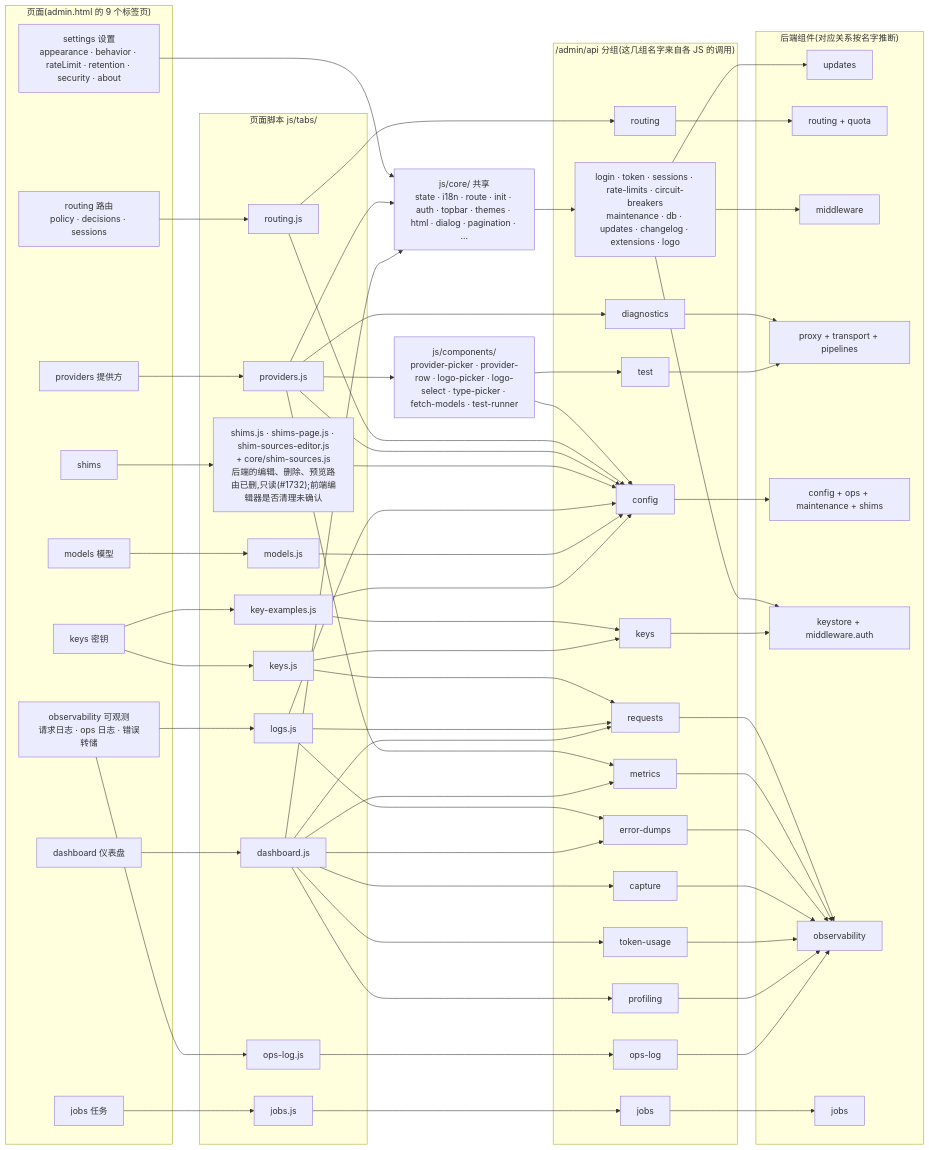
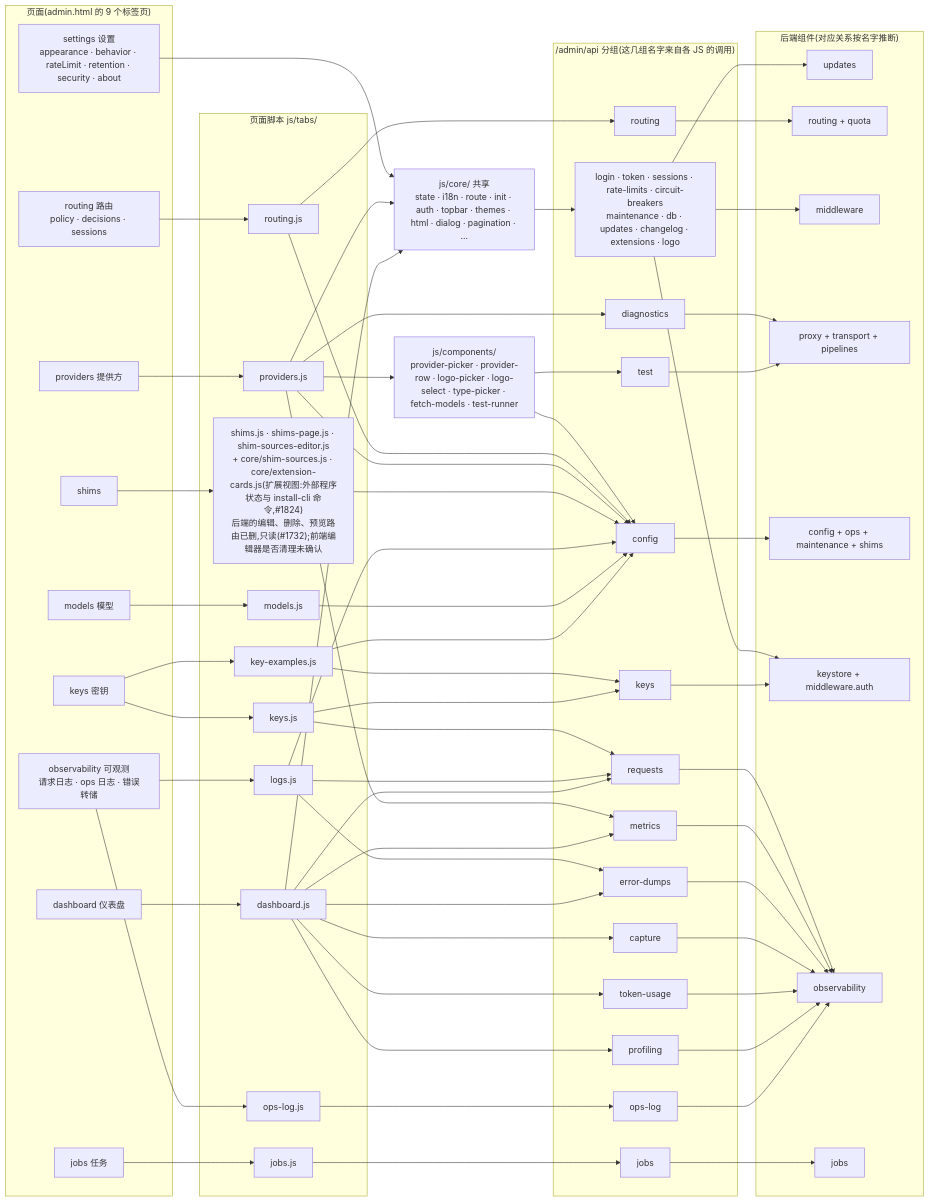
Before and after one commit to Oaklight/llm-rosetta: the diagram in admin.mmd, drawn with Mermaid. The commit also changed 3 other files, not shown here.

Commit message:
diagrams: extensions install-cli and the admin extension view (#1821-#1824)

```diff
--- a/admin.mmd
+++ b/admin.mmd
@@ -1,107 +1,107 @@
 flowchart LR
   COMP["js/components/<br/>provider-picker · provider-row · logo-picker · logo-select · type-picker · fetch-models · test-runner"]
   subgraph APIS["/admin/api 分组(这几组名字来自各 JS 的调用)"]
     A_CFG["config"]
     A_JOBS["jobs"]
     A_KEYS["keys"]
     A_CAP["capture"]
     A_REQ["requests"]
     A_TOK["token-usage"]
     A_DUMP["error-dumps"]
     A_TEST["test"]
     A_DIAG["diagnostics"]
     A_OTHER["login · token · sessions · rate-limits · circuit-breakers<br/>maintenance · db · updates · changelog · extensions · logo"]
     A_OPS["ops-log"]
     A_MET["metrics"]
     A_PROF["profiling"]
     A_ROUTE["routing"]
   end
   subgraph PAGES["页面(admin.html 的 9 个标签页)"]
     P_SET["settings 设置<br/>appearance · behavior · rateLimit · retention · security · about"]
     P_OBS["observability 可观测<br/>请求日志 · ops 日志 · 错误转储"]
     P_JOBS["jobs 任务"]
     P_KEYS["keys 密钥"]
     P_PROV["providers 提供方"]
     P_ROUTE["routing 路由<br/>policy · decisions · sessions"]
     P_SHIM["shims"]
     P_DASH["dashboard 仪表盘"]
     P_MOD["models 模型"]
   end
   subgraph BACK["后端组件(对应关系按名字推断)"]
     B_UPD["updates"]
     B_ROUTE["routing + quota"]
     B_MW["middleware"]
     B_REQ["proxy + transport + pipelines"]
     B_CFG["config + ops + maintenance + shims"]
     B_KS["keystore + middleware.auth"]
     B_OBS["observability"]
     B_JOBS["jobs"]
   end
   subgraph TABJS["页面脚本 js/tabs/"]
     T_DASH["dashboard.js"]
     T_LOGS["logs.js"]
-    T_SHIMS["shims.js · shims-page.js · shim-sources-editor.js<br/>+ core/shim-sources.js<br/>后端的编辑、删除、预览路由已删,只读(#1732);前端编辑器是否清理未确认"]
+    T_SHIMS["shims.js · shims-page.js · shim-sources-editor.js<br/>+ core/shim-sources.js · core/extension-cards.js(扩展视图:外部程序状态与 install-cli 命令,#1824)<br/>后端的编辑、删除、预览路由已删,只读(#1732);前端编辑器是否清理未确认"]
     T_OPS["ops-log.js"]
     T_MOD["models.js"]
     T_ROUTE["routing.js"]
     T_KEX["key-examples.js"]
     T_KEYS["keys.js"]
     T_PROV["providers.js"]
     T_JOBS["jobs.js"]
   end
   SHARED["js/core/ 共享<br/>state · i18n · route · init · auth · topbar · themes · html · dialog · pagination · ..."]
   P_SET --> SHARED
   T_KEYS --> A_REQ
   P_MOD --> T_MOD
   P_DASH --> T_DASH
   T_ROUTE --> A_ROUTE
   A_REQ --> B_OBS
   P_JOBS --> T_JOBS
   COMP --> A_CFG
   T_DASH --> A_PROF
   T_ROUTE --> A_CFG
   T_LOGS --> A_DUMP
   A_MET --> B_OBS
   T_PROV --> A_DIAG
   A_CFG --> B_CFG
   T_PROV --> A_CFG
   A_OTHER --> B_KS
   P_ROUTE --> T_ROUTE
   T_LOGS --> A_REQ
   P_SHIM --> T_SHIMS
   T_DASH --> A_DUMP
   A_DIAG --> B_REQ
   T_DASH --> A_TOK
   T_OPS --> A_OPS
   P_KEYS --> T_KEX
   A_DUMP --> B_OBS
   A_ROUTE --> B_ROUTE
   SHARED --> A_OTHER
   A_CAP --> B_OBS
   P_PROV --> T_PROV
   T_SHIMS --> A_CFG
   T_LOGS --> A_CFG
   T_KEX --> A_KEYS
   A_OTHER --> B_UPD
   T_KEYS --> A_KEYS
   A_KEYS --> B_KS
   T_MOD --> A_CFG
   T_KEX --> A_CFG
   P_OBS --> T_OPS
   T_DASH --> A_CAP
   P_OBS --> T_LOGS
   T_JOBS --> A_JOBS
   A_JOBS --> B_JOBS
   T_PROV --> SHARED
   T_PROV --> A_MET
   P_KEYS --> T_KEYS
   A_TOK --> B_OBS
   T_DASH --> SHARED
   COMP --> A_TEST
   A_OTHER --> B_MW
   A_PROF --> B_OBS
   A_TEST --> B_REQ
   T_PROV --> COMP
   T_DASH --> A_MET
   A_OPS --> B_OBS
   T_DASH --> A_REQ
```
